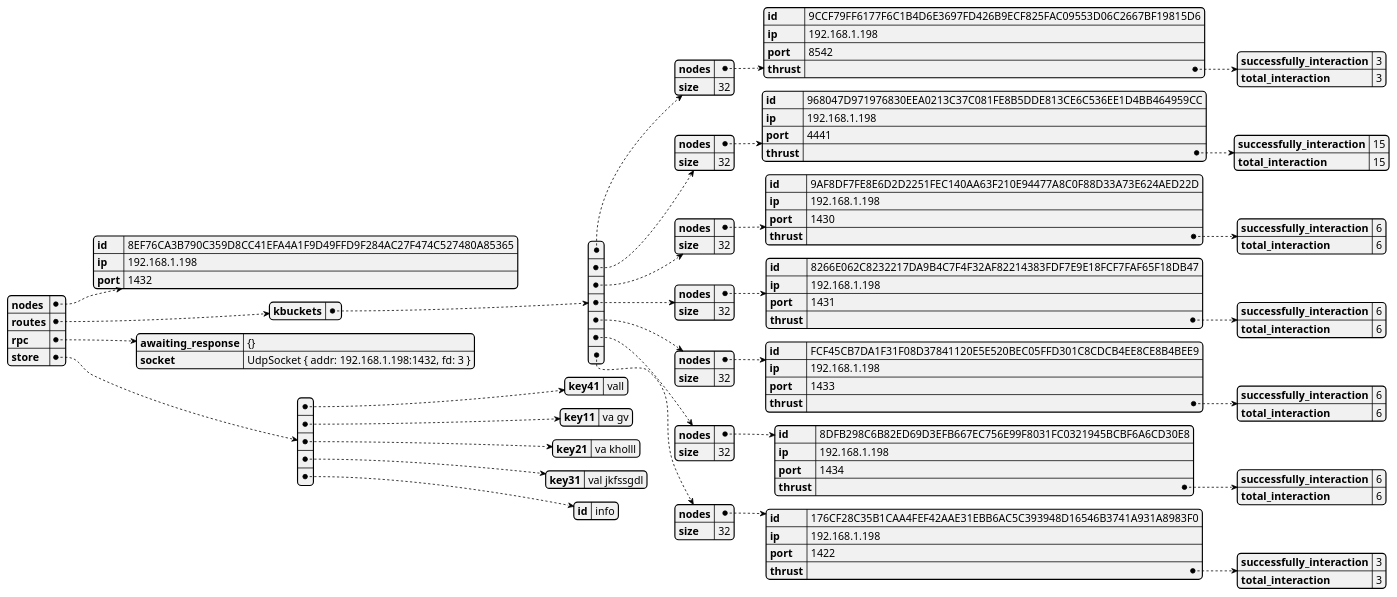
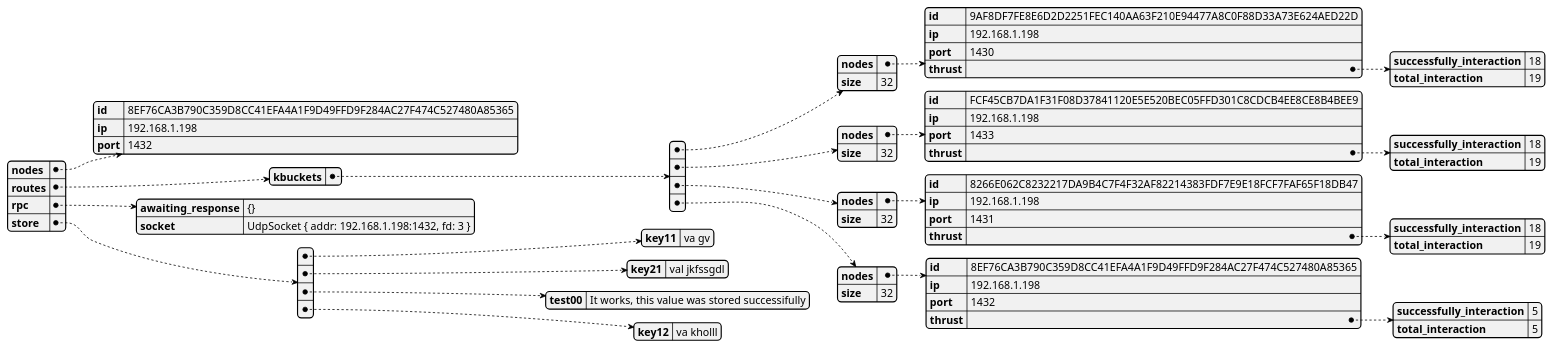
One commit to GoliathHagar/distributed_legder_kademlia changed the diagram in src/distributed_legder/state_dumps/self.json.plantuml. Above: the diagram before and after it, drawn with PlantUML. The commit also changed 3 other files, not shown here.

```diff
--- a/src/distributed_legder/state_dumps/self.json.plantuml
+++ b/src/distributed_legder/state_dumps/self.json.plantuml
@@ -1,3 +1,3 @@
 @startjson
-{"nodes":{"id":"8EF76CA3B790C359D8CC41EFA4A1F9D49FFD9F284AC27F474C527480A85365","ip":"192.168.1.198","port":1432},"routes":{"kbuckets":[{"nodes":{"id":"9CCF79FF6177F6C1B4D6E3697FD426B9ECF825FAC09553D06C2667BF19815D6","ip":"192.168.1.198","port":8542,"thrust":{"successfully_interaction":3,"total_interaction":3}},"size":32},{"nodes":{"id":"968047D971976830EEA0213C37C081FE8B5DDE813CE6C536EE1D4BB464959CC","ip":"192.168.1.198","port":4441,"thrust":{"successfully_interaction":15,"total_interaction":15}},"size":32},{"nodes":{"id":"9AF8DF7FE8E6D2D2251FEC140AA63F210E94477A8C0F88D33A73E624AED22D","ip":"192.168.1.198","port":1430,"thrust":{"successfully_interaction":6,"total_interaction":6}},"size":32},{"nodes":{"id":"8266E062C8232217DA9B4C7F4F32AF82214383FDF7E9E18FCF7FAF65F18DB47","ip":"192.168.1.198","port":1431,"thrust":{"successfully_interaction":6,"total_interaction":6}},"size":32},{"nodes":{"id":"FCF45CB7DA1F31F08D37841120E5E520BEC05FFD301C8CDCB4EE8CE8B4BEE9","ip":"192.168.1.198","port":1433,"thrust":{"successfully_interaction":6,"total_interaction":6}},"size":32},{"nodes":{"id":"8DFB298C6B82ED69D3EFB667EC756E99F8031FC0321945BCBF6A6CD30E8","ip":"192.168.1.198","port":1434,"thrust":{"successfully_interaction":6,"total_interaction":6}},"size":32},{"nodes":{"id":"176CF28C35B1CAA4FEF42AAE31EBB6AC5C393948D16546B3741A931A8983F0","ip":"192.168.1.198","port":1422,"thrust":{"successfully_interaction":3,"total_interaction":3}},"size":32}]},"rpc":{"awaiting_response":"{}","socket":"UdpSocket { addr: 192.168.1.198:1432, fd: 3 }"},"store":[{"key41":"vall"},{"key11":"va gv"},{"key21":"va kholll"},{"key31":"val jkfssgdl"},{"id":"info"}]}
+{"nodes":{"id":"8EF76CA3B790C359D8CC41EFA4A1F9D49FFD9F284AC27F474C527480A85365","ip":"192.168.1.198","port":1432},"routes":{"kbuckets":[{"nodes":{"id":"9AF8DF7FE8E6D2D2251FEC140AA63F210E94477A8C0F88D33A73E624AED22D","ip":"192.168.1.198","port":1430,"thrust":{"successfully_interaction":18,"total_interaction":19}},"size":32},{"nodes":{"id":"FCF45CB7DA1F31F08D37841120E5E520BEC05FFD301C8CDCB4EE8CE8B4BEE9","ip":"192.168.1.198","port":1433,"thrust":{"successfully_interaction":18,"total_interaction":19}},"size":32},{"nodes":{"id":"8266E062C8232217DA9B4C7F4F32AF82214383FDF7E9E18FCF7FAF65F18DB47","ip":"192.168.1.198","port":1431,"thrust":{"successfully_interaction":18,"total_interaction":19}},"size":32},{"nodes":{"id":"8EF76CA3B790C359D8CC41EFA4A1F9D49FFD9F284AC27F474C527480A85365","ip":"192.168.1.198","port":1432,"thrust":{"successfully_interaction":5,"total_interaction":5}},"size":32}]},"rpc":{"awaiting_response":"{}","socket":"UdpSocket { addr: 192.168.1.198:1432, fd: 3 }"},"store":[{"key11":"va gv"},{"key21":"val jkfssgdl"},{"test00":"It works, this value was stored successifully"},{"key12":"va kholll"}]}
 @endjson
```
